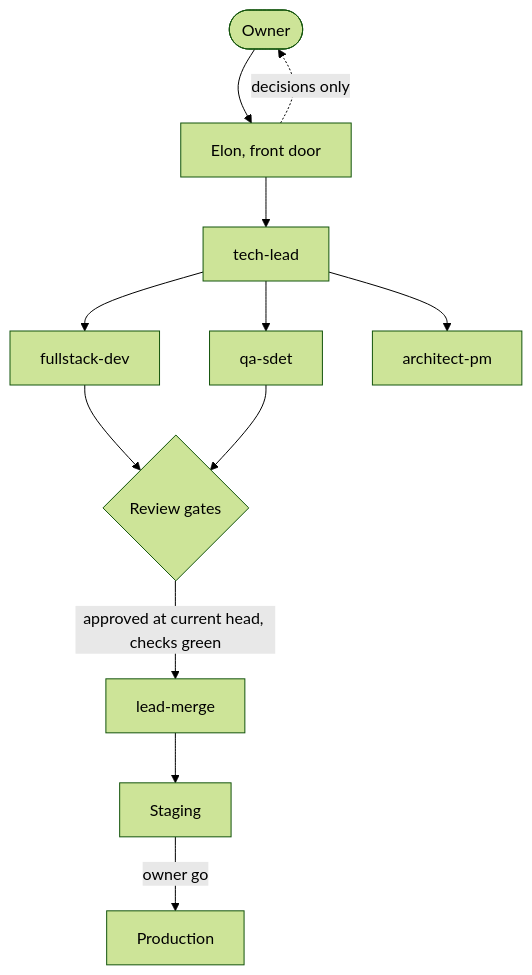
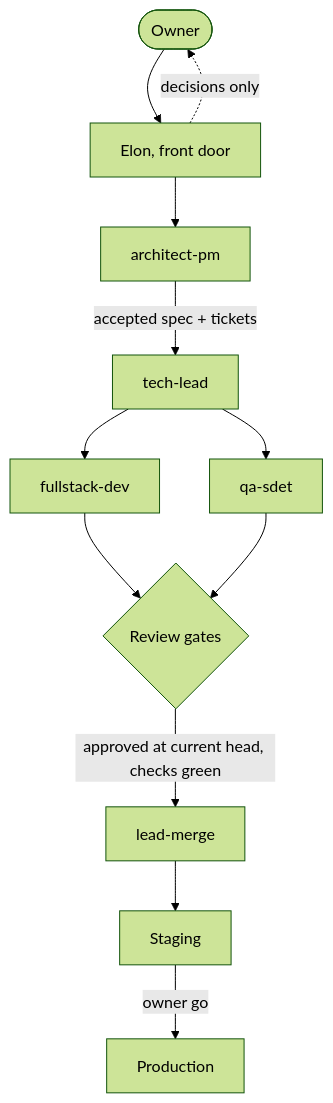
Before and after one commit to mingster/dotfiles: the second of 3 diagrams in README.md, drawn with Mermaid (forest theme).

Commit message:
team-audit 2026-10-21c: Plan/Design with Elon, architect-pm and sales; tech-lead starts at Build (verifier rule 1)

````diff
--- a/README.md
+++ b/README.md
@@ -46,14 +46,14 @@
 ```mermaid
 flowchart TD
     owner([Owner]) --> elon[Elon, front door]
-    elon --> TL[tech-lead]
+    elon --> arch[architect-pm]
+    arch -->|"accepted spec + tickets"| TL[tech-lead]
     TL --> dev[fullstack-dev]
     TL --> qa[qa-sdet]
-    TL --> arch[architect-pm]
     dev --> gates{Review gates}
     qa --> gates
     gates -->|"approved at current head, checks green"| merge[lead-merge]
     merge --> staging[Staging]
     staging -->|"owner go"| prod[Production]
     elon -.->|"decisions only"| owner
 ```
````
